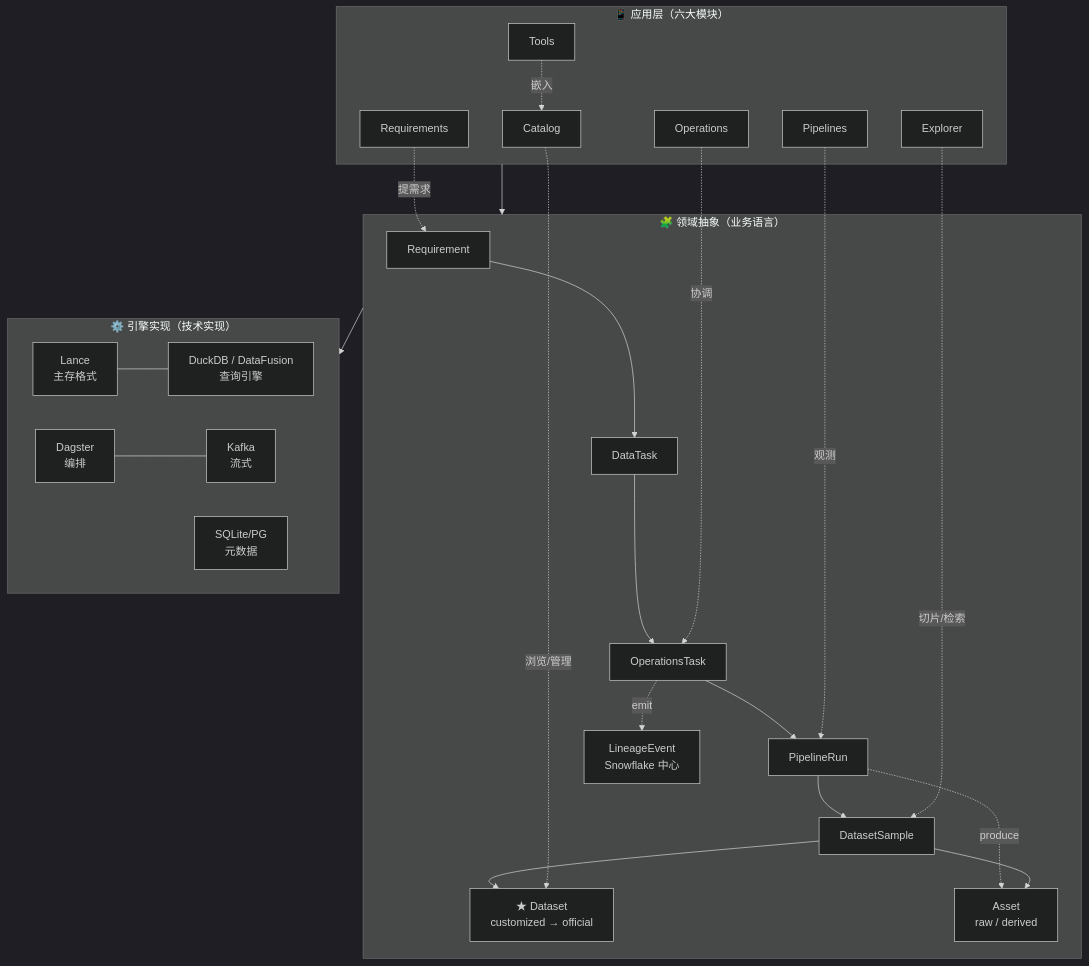
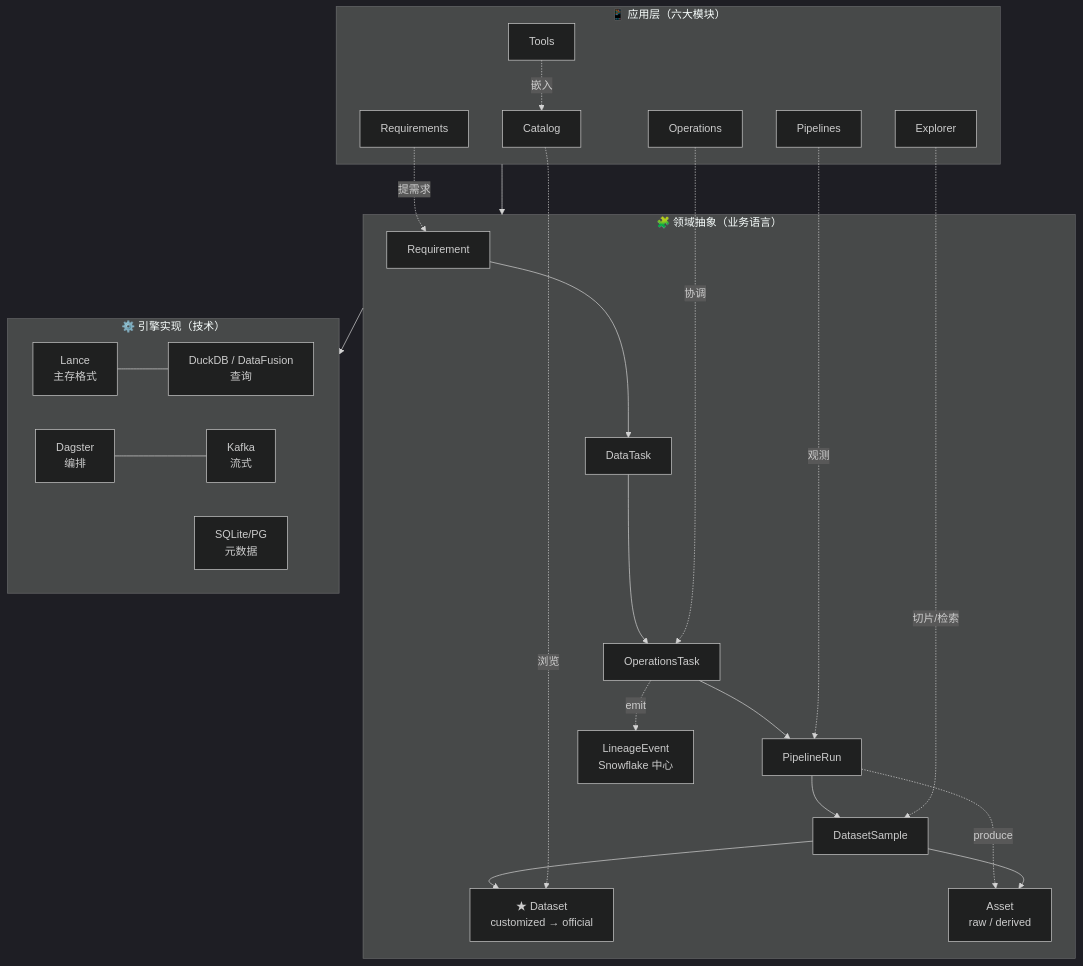
The diagram in docs/architecture/overview.md (gray-cgm/ai-native-data-engine), drawn with Mermaid (dark theme) before and after one commit. The commit also changed other lines of this file and 69 other files, not shown here.

````diff
--- a/docs/architecture/overview.md
+++ b/docs/architecture/overview.md
@@ -16,30 +16,30 @@
 ```mermaid
 flowchart TB
     subgraph Domain["🧩 领域抽象（业务语言）"]
         REQ[Requirement] --> DT[DataTask] --> OPS[OperationsTask] --> RUN[PipelineRun]
         RUN --> SAMPLE[DatasetSample] --> DS[★ Dataset<br/>customized → official]
         ASSET[Asset<br/>raw / derived]
         EVT[LineageEvent<br/>Snowflake 中心]
         OPS -. emit .-> EVT
         RUN -. produce .-> ASSET
         SAMPLE --> ASSET
     end
 
-    subgraph Eng["⚙️ 引擎实现（技术实现）"]
-        L[Lance<br/>主存格式] --- D[DuckDB / DataFusion<br/>查询引擎]
+    subgraph Eng["⚙️ 引擎实现（技术）"]
+        L[Lance<br/>主存格式] --- D[DuckDB / DataFusion<br/>查询]
         DAG[Dagster<br/>编排] --- KAF[Kafka<br/>流式]
         SQL[SQLite/PG<br/>元数据]
     end
 
     subgraph App["📱 应用层（六大模块）"]
-        CAT[Catalog] -. 浏览/管理 .-> DS
+        CAT[Catalog] -. 浏览 .-> DS
         REQM[Requirements] -. 提需求 .-> REQ
         EXP[Explorer] -. 切片/检索 .-> SAMPLE
         OPSM[Operations] -. 协调 .-> OPS
         PIPE[Pipelines] -. 观测 .-> RUN
         TOOL[Tools] -. 嵌入 .-> CAT
     end
 
     Domain --> Eng
     App --> Domain
 ```
````
